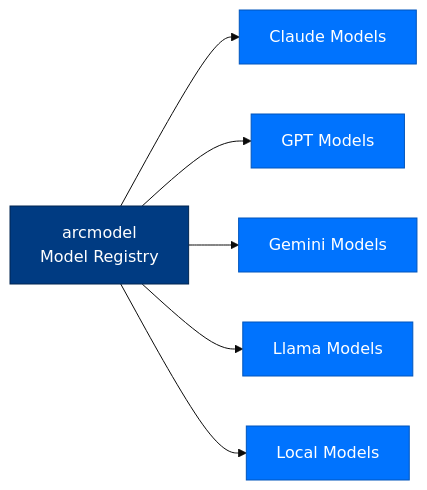
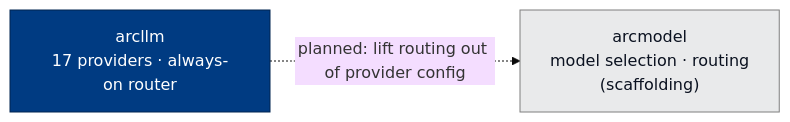
One commit to joshuamschultz/Arc changed the diagram in docs/building/packages/arcmodel.md. Above: the diagram before and after it, drawn with Mermaid (base theme). The commit also changed other lines of this file and 13 other files, not shown here.

````diff
--- a/docs/building/packages/arcmodel.md
+++ b/docs/building/packages/arcmodel.md
@@ -17,11 +23,9 @@
 ```mermaid
 flowchart LR
-    classDef registry fill:#003B82,stroke:#002550,color:#FFFFFF
-    classDef model fill:#0073FE,stroke:#0055BC,color:#FFFFFF
+    classDef live fill:#003B82,stroke:#002550,color:#FFFFFF
+    classDef planned fill:#E9EAEB,stroke:#7F7F7F,color:#0B1220
 
-    arcmodel[arcmodel<br/>Model Registry]:::registry --> Claude[Claude Models]:::model
-    arcmodel --> GPT[GPT Models]:::model
-    arcmodel --> Gemini[Gemini Models]:::model
-    arcmodel --> Llama[Llama Models]:::model
-    arcmodel --> Local[Local Models]:::model
+    arcllm["arcllm<br/>17 providers · always-on router"]:::live
+    arcmodel["arcmodel<br/>model selection · routing<br/>(scaffolding)"]:::planned
+    arcllm -. "planned: lift routing out of provider config" .-> arcmodel
 ```
````
